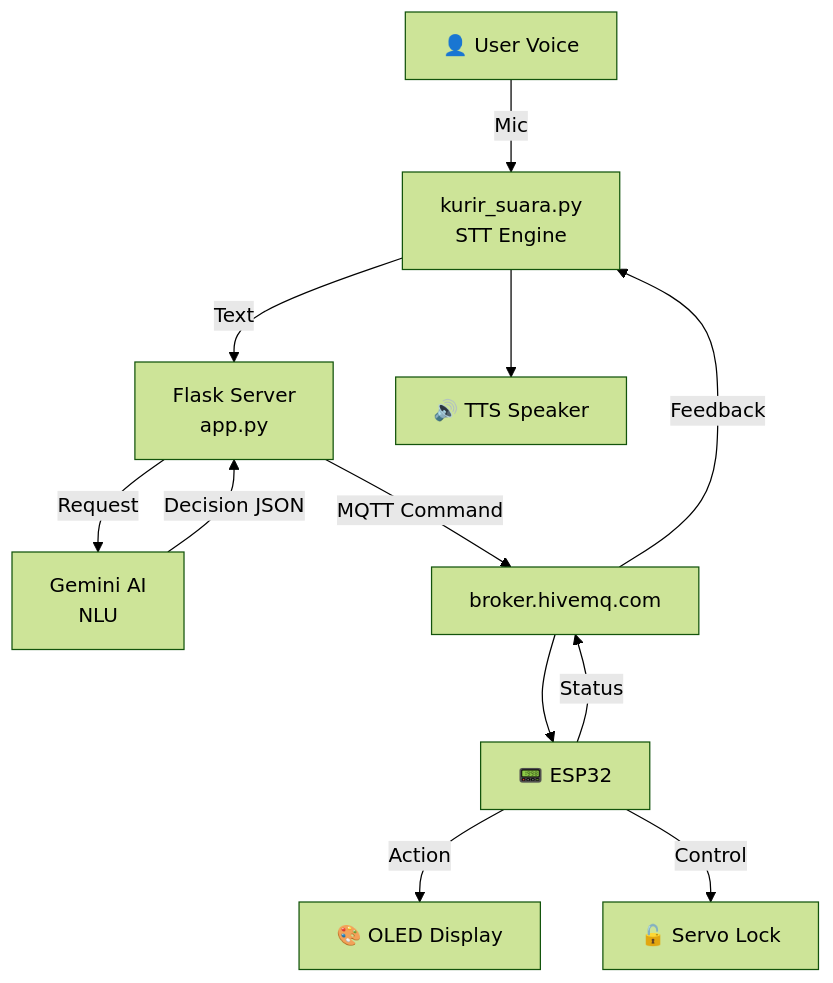
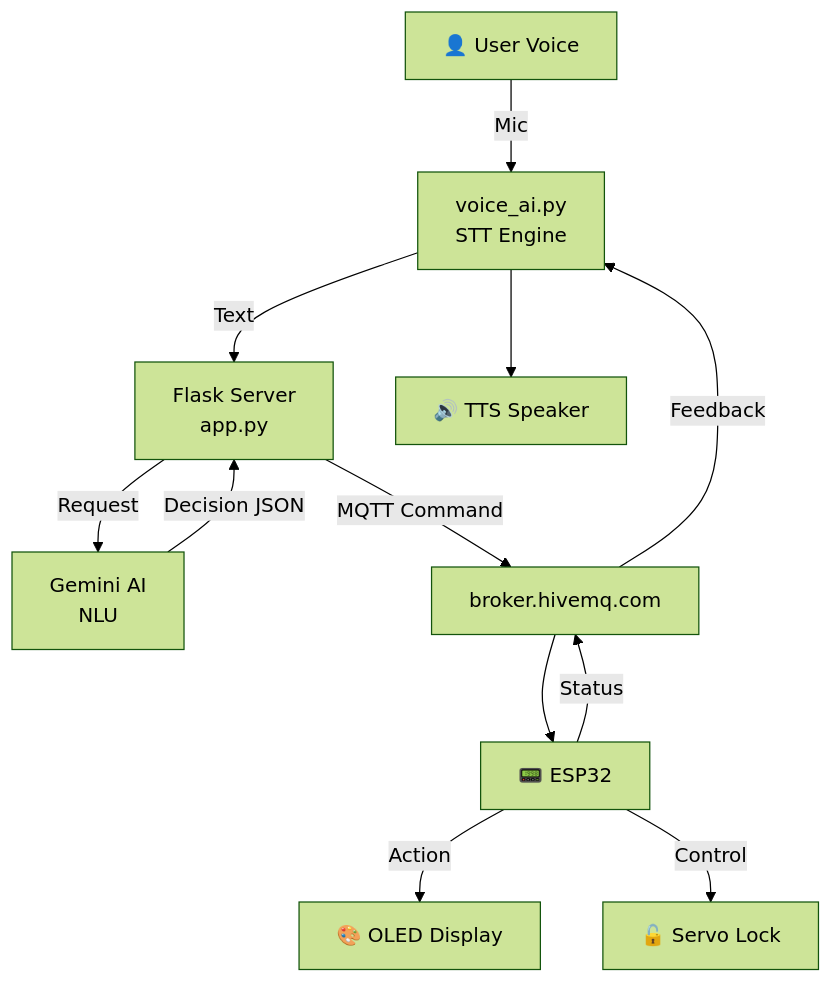
Before and after one commit to ficrammanifur/SmartPackageBox: the third of 3 diagrams in test/README.md, drawn with Mermaid (forest theme).

````diff
--- a/test/README.md
+++ b/test/README.md
@@ -98,14 +98,14 @@
 ```mermaid
 graph TD
-    A[👤 User Voice] -->|Mic| B[kurir_suara.py<br/>STT Engine]
+    A[👤 User Voice] -->|Mic| B[voice_ai.py<br/>STT Engine]
     B -->|Text| C[Flask Server<br/>app.py]
     C -->|Request| D[Gemini AI<br/>NLU]
     D -->|Decision JSON| C
     C -->|MQTT Command| E[broker.hivemq.com]
     E --> F[📟 ESP32]
     F -->|Action| G[🎨 OLED Display]
     F -->|Control| H[🔓 Servo Lock]
     F -->|Status| E
     E -->|Feedback| B
     B --> I[🔊 TTS Speaker]
 ```
````
